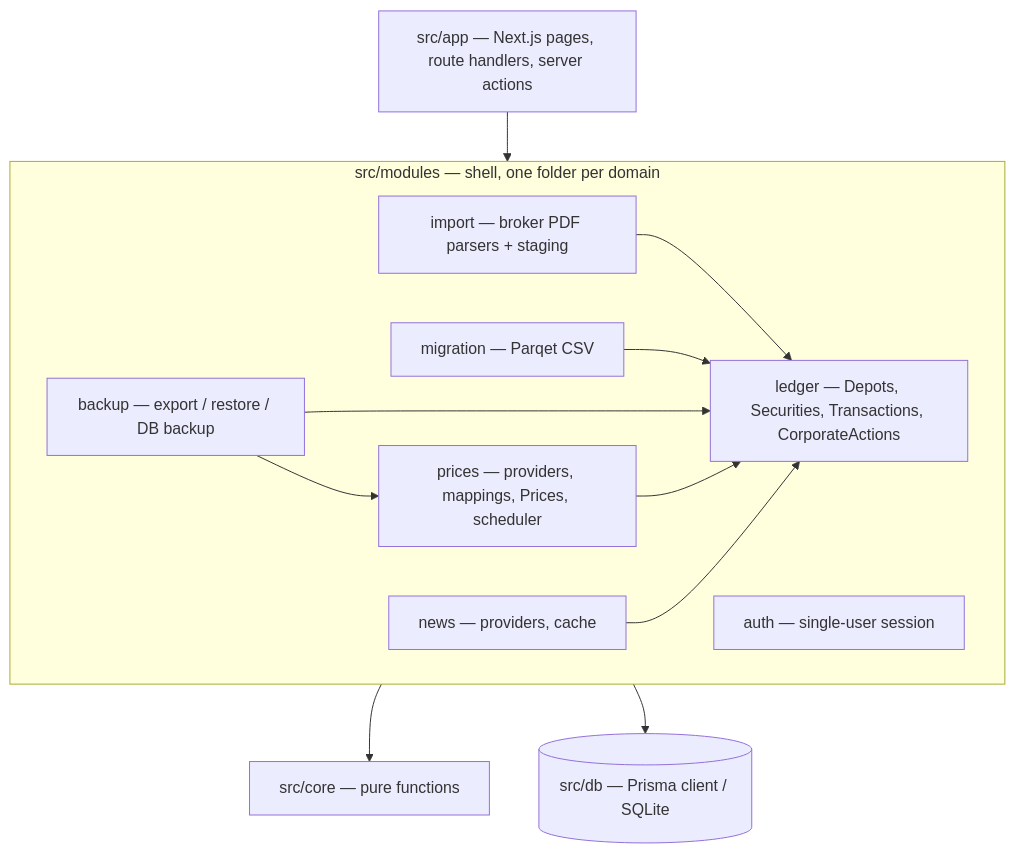
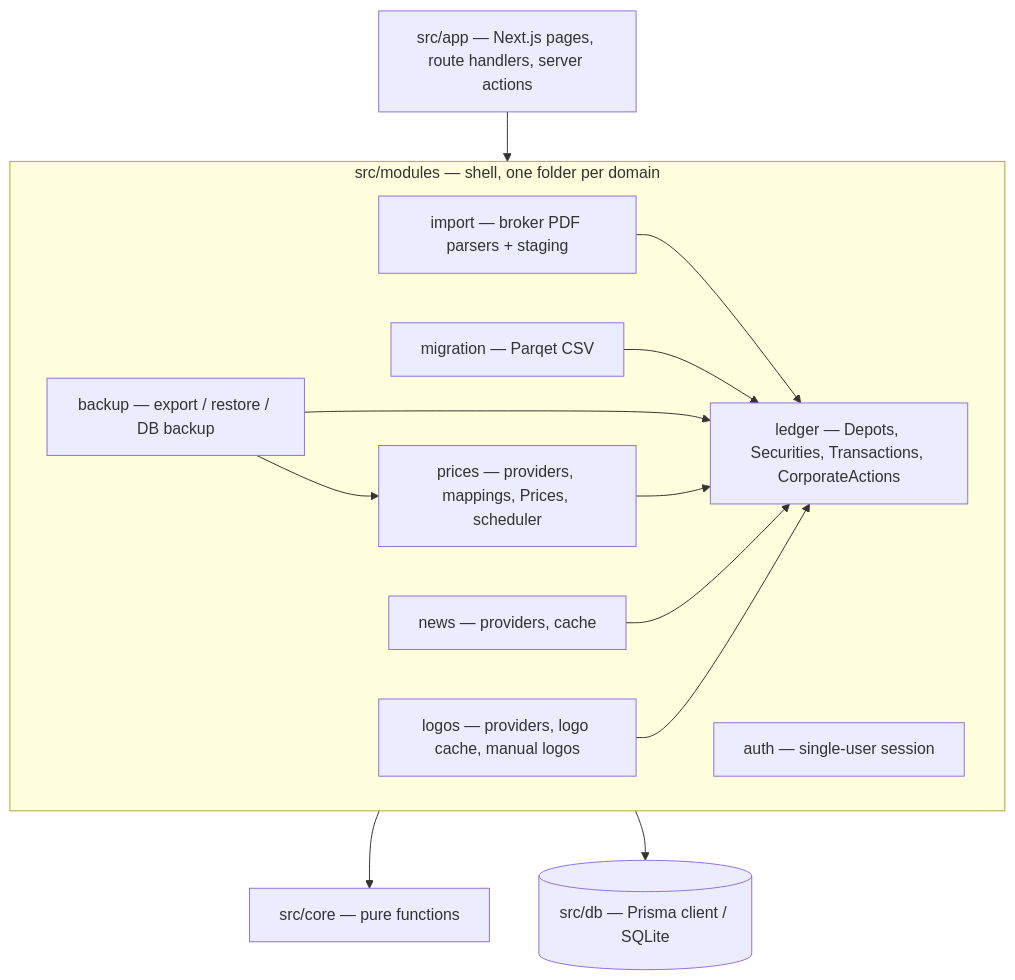
One commit to dreyer-thomas/DepotManagement changed the first of 3 diagrams in _bmad-output/planning-artifacts/architecture/architecture-DepotManagement-2026-10-25/ARCHITECTURE-SPINE.md. Above: the diagram before and after it, drawn with Mermaid. The commit also changed other lines of this file and 14 other files, not shown here.

First line of the commit message:
Add UX design (Minze) with mockups, logos in architecture and spec

````diff
--- a/_bmad-output/planning-artifacts/architecture/architecture-DepotManagement-2026-10-25/ARCHITECTURE-SPINE.md
+++ b/_bmad-output/planning-artifacts/architecture/architecture-DepotManagement-2026-10-25/ARCHITECTURE-SPINE.md
@@ -29,21 +31,23 @@
 ```mermaid
 graph TD
   app["src/app — Next.js pages, route handlers, server actions"] --> modules
   subgraph modules["src/modules — shell, one folder per domain"]
     ledger["ledger — Depots, Securities, Transactions, CorporateActions"]
     import["import — broker PDF parsers + staging"]
     migration["migration — Parqet CSV"]
     prices["prices — providers, mappings, Prices, scheduler"]
     news["news — providers, cache"]
+    logos["logos — providers, logo cache, manual logos"]
     backup["backup — export / restore / DB backup"]
     auth["auth — single-user session"]
   end
   import --> ledger
   migration --> ledger
   backup --> ledger
   backup --> prices
   prices --> ledger
   news --> ledger
+  logos --> ledger
   modules --> core["src/core — pure functions"]
   modules --> db[("src/db — Prisma client / SQLite")]
 ```
````
